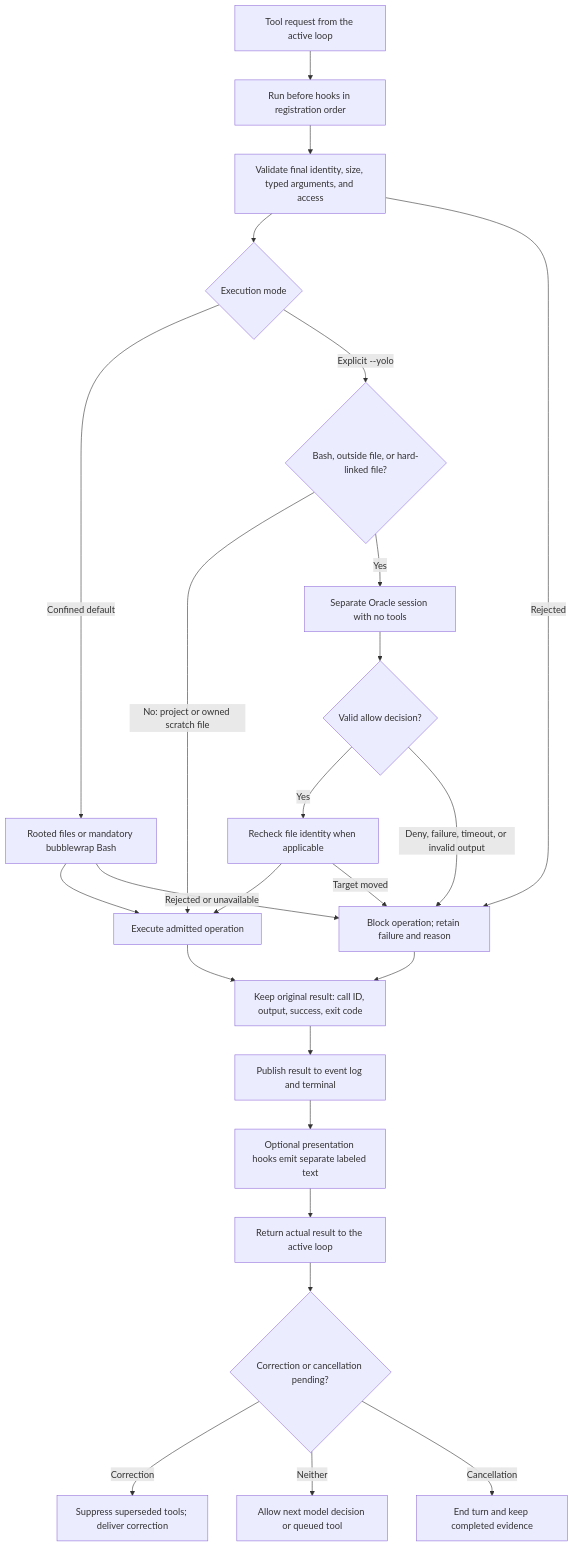
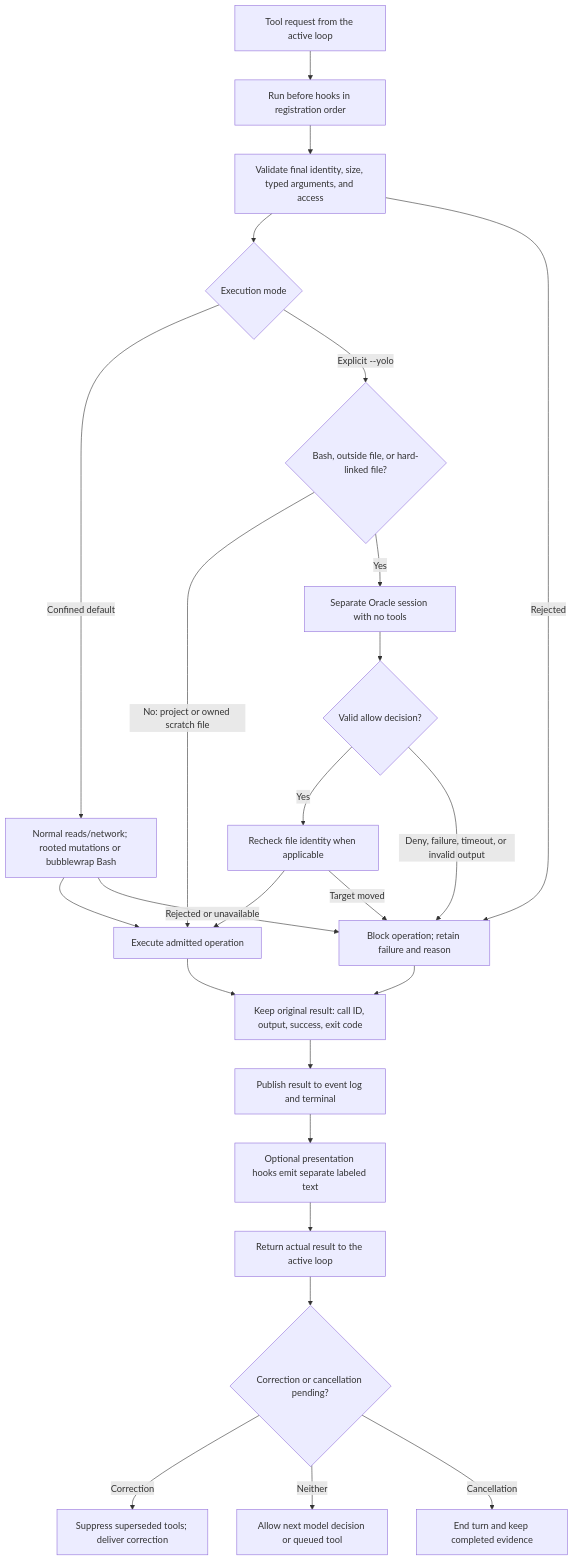
Before and after one commit to eas4ai/demoncoder: the second of 2 diagrams in README.md, drawn with Mermaid. The commit also changed other lines of this file and 8 other files, not shown here.

````diff
--- a/README.md
+++ b/README.md
@@ -202,30 +213,30 @@
 ```mermaid
 flowchart TD
     Request["Tool request from the active loop"] --> Hooks["Run before hooks in registration order"]
     Hooks --> Validate["Validate final identity, size, typed arguments, and access"]
     Validate --> Mode{"Execution mode"}
 
-    Mode -->|"Confined default"| Boundary["Rooted files or mandatory bubblewrap Bash"]
+    Mode -->|"Confined default"| Boundary["Normal reads/network; rooted mutations or bubblewrap Bash"]
     Boundary --> Execute["Execute admitted operation"]
 
     Mode -->|"Explicit --yolo"| ReviewNeeded{"Bash, outside file, or hard-linked file?"}
     ReviewNeeded -->|"No: project or owned scratch file"| Execute
     ReviewNeeded -->|"Yes"| Oracle["Separate Oracle session with no tools"]
     Oracle --> Verdict{"Valid allow decision?"}
     Verdict -->|"Yes"| Recheck["Recheck file identity when applicable"]
     Recheck --> Execute
     Verdict -->|"Deny, failure, timeout, or invalid output"| Block["Block operation; retain failure and reason"]
 
     Validate -->|"Rejected"| Block
     Boundary -->|"Rejected or unavailable"| Block
     Recheck -->|"Target moved"| Block
     Execute --> Receipt["Keep original result: call ID, output, success, exit code"]
     Block --> Receipt
     Receipt --> Publish["Publish result to event log and terminal"]
     Publish --> Present["Optional presentation hooks emit separate labeled text"]
     Present --> Return["Return actual result to the active loop"]
     Return --> Control{"Correction or cancellation pending?"}
     Control -->|"Correction"| Correct["Suppress superseded tools; deliver correction"]
     Control -->|"Neither"| Next["Allow next model decision or queued tool"]
     Control -->|"Cancellation"| Stop["End turn and keep completed evidence"]
 ```
````
